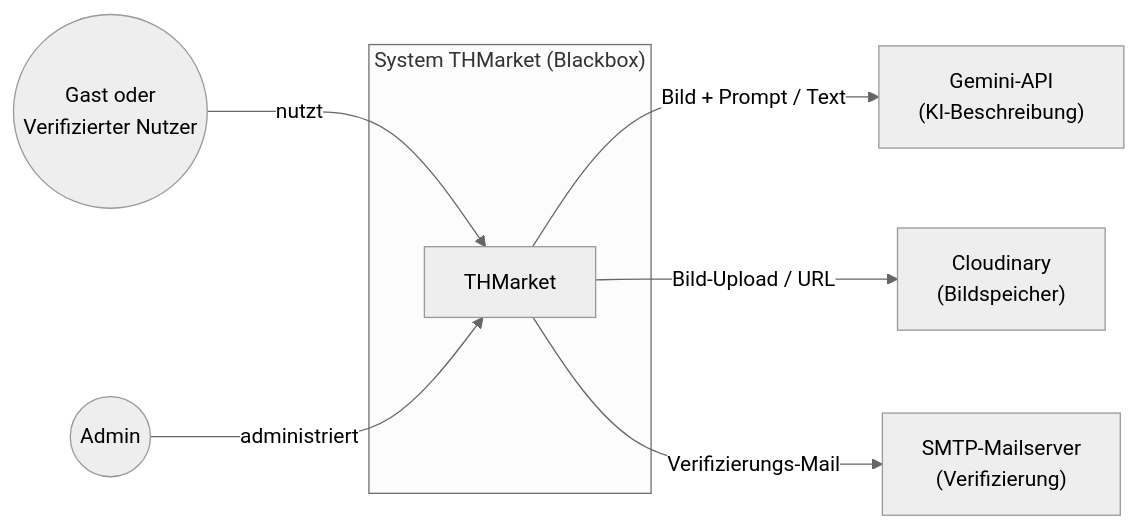
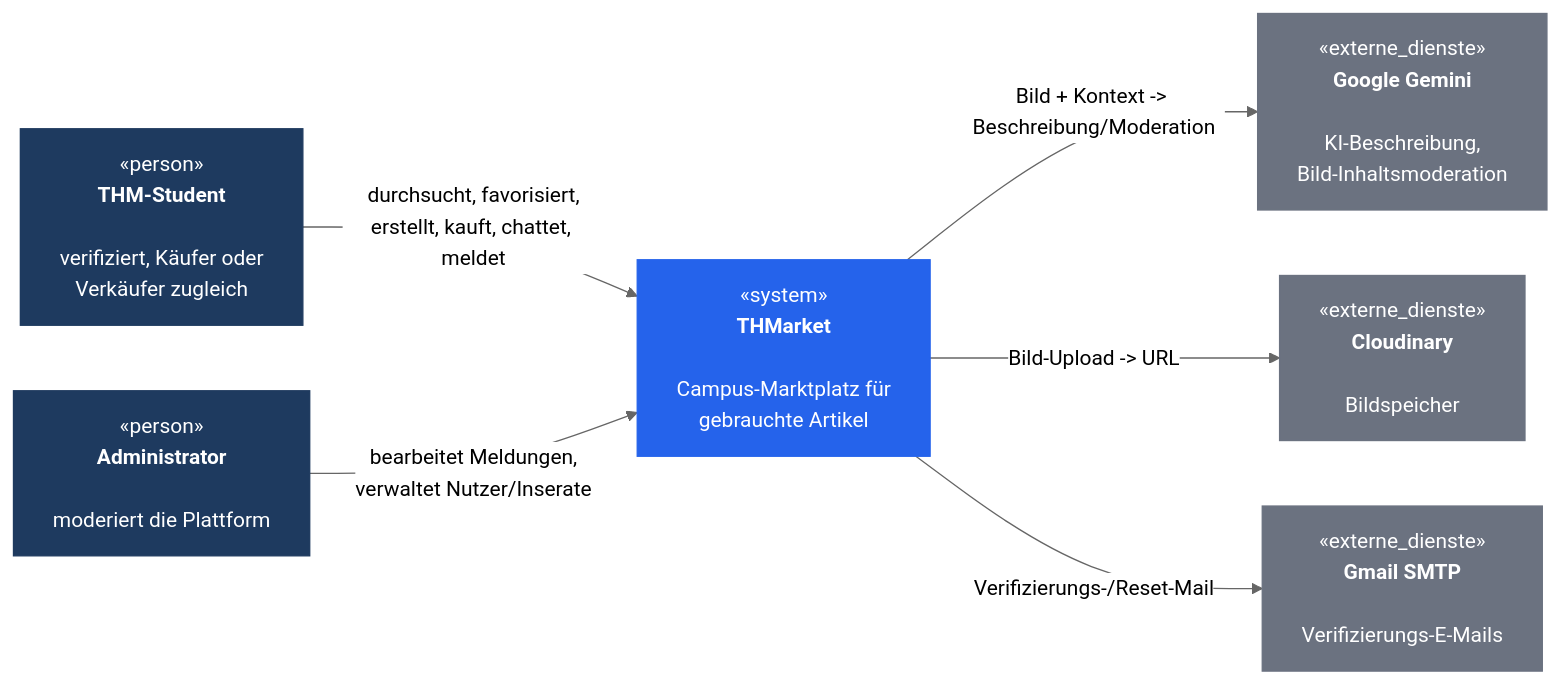
The diagram in docs/arch/diagrams-code/a03-fachlicher-kontext.mmd (PatilYash0110/THMarket), drawn with Mermaid (neutral theme) before and after one commit. The commit also changed other lines of this file, not shown here.

Commit message:
docs(arch): update fachlicher Kontext diagram

```diff
--- a/docs/arch/diagrams-code/a03-fachlicher-kontext.mmd
+++ b/docs/arch/diagrams-code/a03-fachlicher-kontext.mmd
@@ -1,14 +1,24 @@
 graph LR
-    Nutzer(("Gast oder<br/>Verifizierter Nutzer"))
-    Admin(("Admin"))
-    subgraph System["System THMarket (Blackbox)"]
-        THM["THMarket"]
-    end
-    Gemini["Gemini-API<br/>(KI-Beschreibung)"]
-    Cloudinary["Cloudinary<br/>(Bildspeicher)"]
-    SMTP["SMTP-Mailserver<br/>(Verifizierung)"]
-    Nutzer -->|"nutzt"| THM
-    Admin -->|"administriert"| THM
-    THM -->|"Bild + Prompt / Text"| Gemini
-    THM -->|"Bild-Upload / URL"| Cloudinary
-    THM -->|"Verifizierungs-Mail"| SMTP
+    Student["«person»<br/><b>THM-Student</b><br/><br/>verifiziert, Käufer oder<br/>Verkäufer zugleich"]
+    Admin["«person»<br/><b>Administrator</b><br/><br/>moderiert die Plattform"]
+
+    THM["«system»<br/><b>THMarket</b><br/><br/>Campus-Marktplatz für<br/>gebrauchte Artikel"]
+
+    Gemini["«externe_dienste»<br/><b>Google Gemini</b><br/><br/>KI-Beschreibung,<br/>Bild-Inhaltsmoderation"]
+    Cloudinary["«externe_dienste»<br/><b>Cloudinary</b><br/><br/>Bildspeicher"]
+    SMTP["«externe_dienste»<br/><b>Gmail SMTP</b><br/><br/>Verifizierungs-E-Mails"]
+
+    Student -->|"durchsucht, favorisiert,<br/>erstellt, kauft, chattet, meldet"| THM
+    Admin -->|"bearbeitet Meldungen,<br/>verwaltet Nutzer/Inserate"| THM
+
+    THM -->|"Bild + Kontext -> Beschreibung/Moderation"| Gemini
+    THM -->|"Bild-Upload -> URL"| Cloudinary
+    THM -->|"Verifizierungs-/Reset-Mail"| SMTP
+
+    classDef person fill:#1e3a5f,stroke:#1e3a5f,color:#ffffff
+    classDef system fill:#2563eb,stroke:#2563eb,color:#ffffff
+    classDef external fill:#6b7280,stroke:#6b7280,color:#ffffff
+
+    class Student,Admin person
+    class THM system
+    class Gemini,Cloudinary,SMTP external
```
